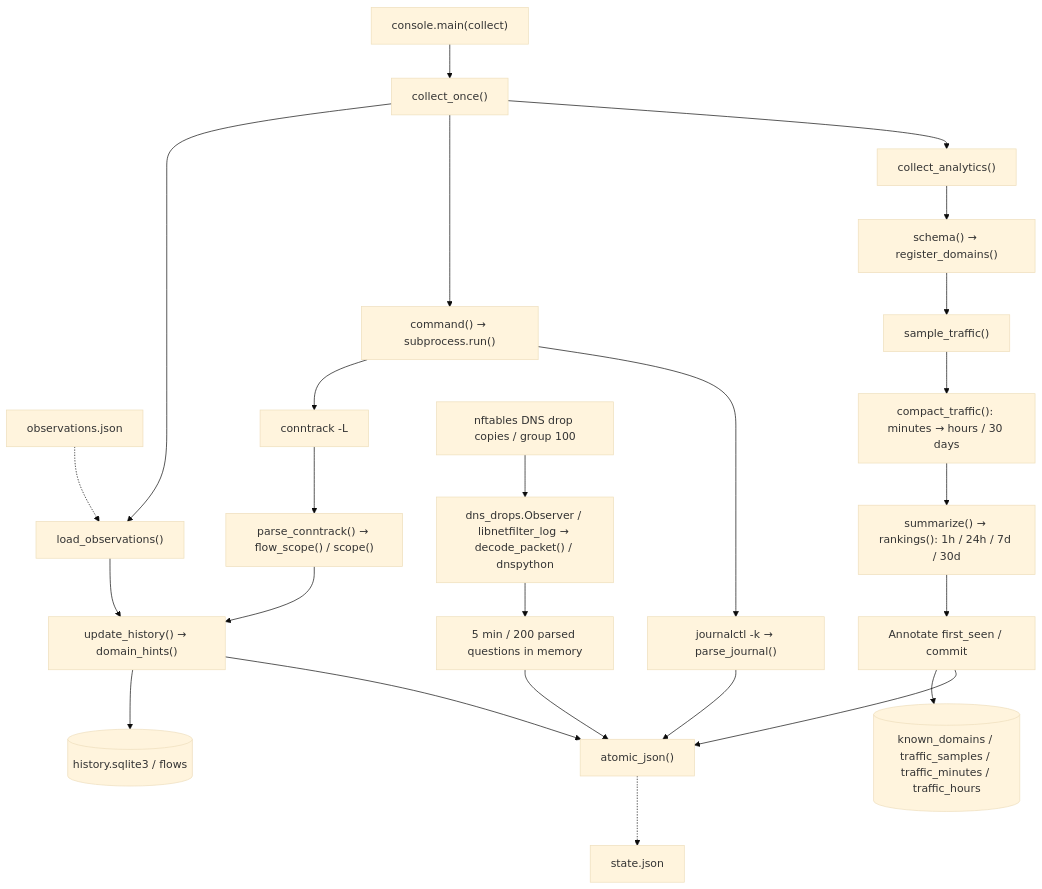
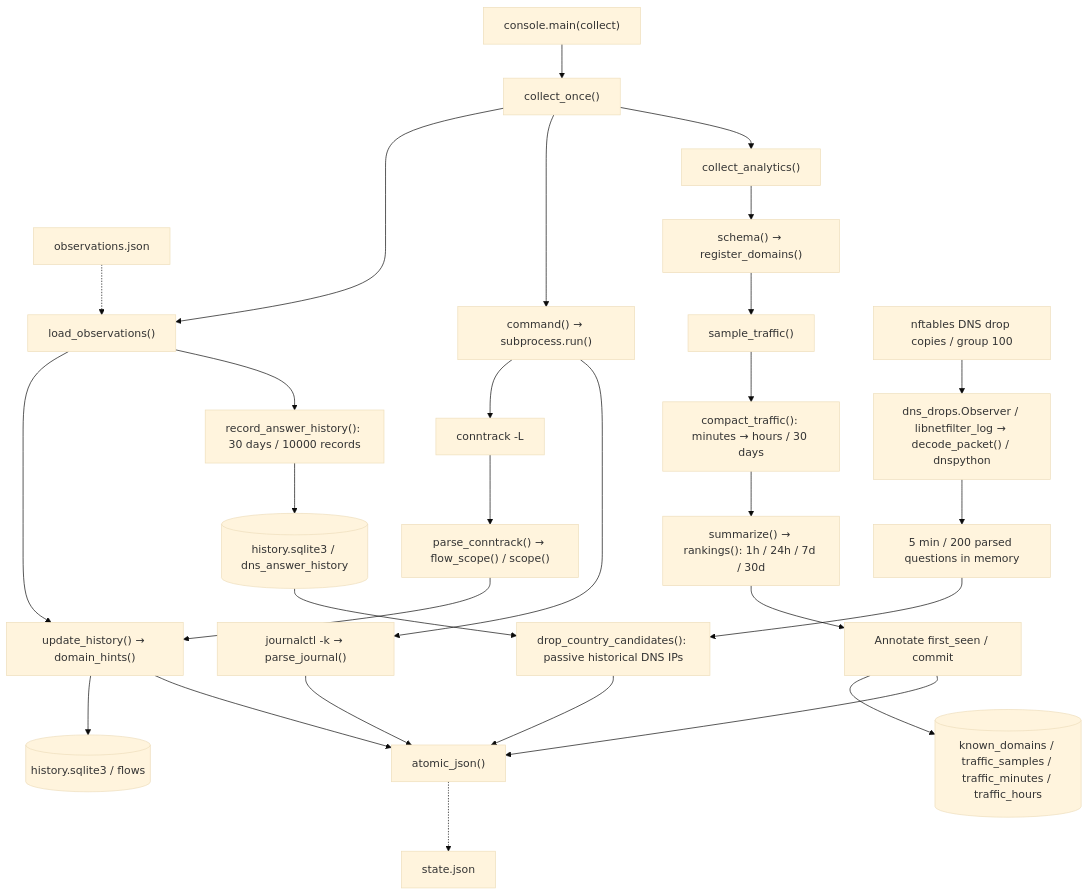
Before and after one commit to ysuito/RabbitWall: the third of 7 diagrams in docs/PROGRAM_FLOW.ja.md, drawn with Mermaid (base theme). The commit also changed other lines of this file and 10 other files, not shown here.

Commit message:
Map dropped DNS questions using passive historical country evidence

````diff
--- a/docs/PROGRAM_FLOW.ja.md
+++ b/docs/PROGRAM_FLOW.ja.md
@@ -68,27 +68,31 @@
 ```mermaid
 flowchart TB
     Main["console.main(collect)"] --> Collect["collect_once()"]
     Collect --> Observe["load_observations()"]
     Obs["observations.json"] -.-> Observe
     Collect --> Cmd["command() → subprocess.run()"]
     Cmd --> Conn["conntrack -L"]
     Conn --> Parse["parse_conntrack() → flow_scope() / scope()"]
     Observe --> Hist["update_history() → domain_hints()"]
     Parse --> Hist
     Hist --> DB[("history.sqlite3 / flows")]
     Collect --> Analytics["collect_analytics()"]
     Analytics --> Schema["schema() → register_domains()"]
     Schema --> Sample["sample_traffic()"]
     Sample --> Compact["compact_traffic(): minutes → hours / 30 days"]
     Compact --> Summary["summarize() → rankings(): 1h / 24h / 7d / 30d"]
     Summary --> Commit["Annotate first_seen / commit"]
     Commit --> DB2[("known_domains / traffic_samples / traffic_minutes / traffic_hours")]
     Cmd --> Journal["journalctl -k → parse_journal()"]
     Hist --> State["atomic_json()"]
     Commit --> State
     Journal --> State
     NFLOG["nftables DNS drop copies / group 100"] --> DropDNS["dns_drops.Observer / libnetfilter_log → decode_packet() / dnspython"]
     DropDNS --> Ring["5 min / 200 parsed questions in memory"]
-    Ring --> State
+    Ring --> Infer["drop_country_candidates(): passive historical DNS IPs"]
+    Observe --> Answers["record_answer_history(): 30 days / 10000 records"]
+    Answers --> AnswerDB[("history.sqlite3 / dns_answer_history")]
+    AnswerDB --> Infer
+    Infer --> State
     State -.-> JSON["state.json"]
 ```
````
